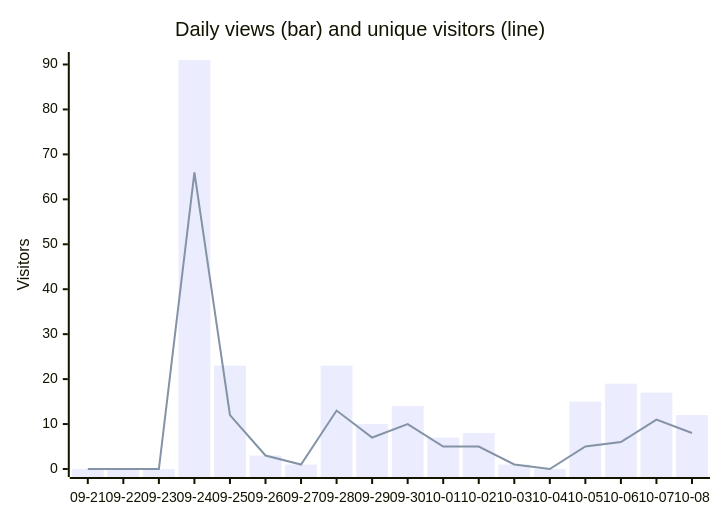
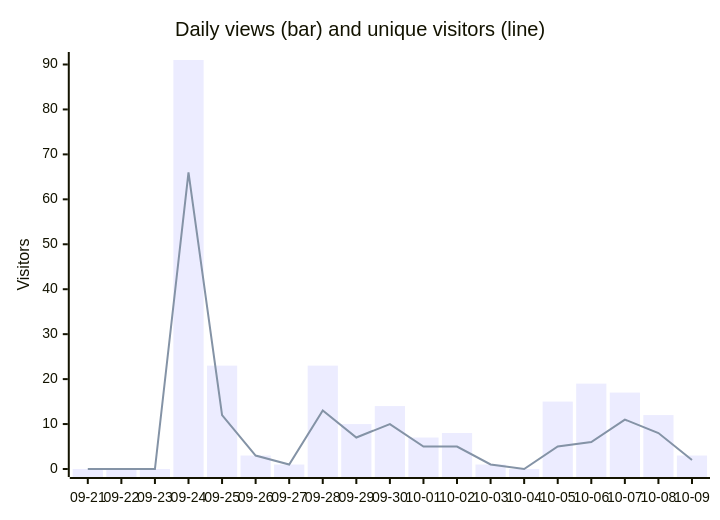
The first of 2 diagrams in metrics/DASHBOARD.md (babson44/azure-vm-modernization-toolkit), drawn with Mermaid before and after one commit. The commit also changed other lines of this file and 2 other files, not shown here.

````diff
--- a/metrics/DASHBOARD.md
+++ b/metrics/DASHBOARD.md
@@ -18,8 +18,8 @@
 ```mermaid
 xychart-beta
     title "Daily views (bar) and unique visitors (line)"
-    x-axis [09-21, 09-22, 09-23, 09-24, 09-25, 09-26, 09-27, 09-28, 09-29, 09-30, 10-01, 10-02, 10-03, 10-04, 10-05, 10-06, 10-07, 10-08]
+    x-axis [09-21, 09-22, 09-23, 09-24, 09-25, 09-26, 09-27, 09-28, 09-29, 09-30, 10-01, 10-02, 10-03, 10-04, 10-05, 10-06, 10-07, 10-08, 10-09]
     y-axis "Visitors" 0 --> 91
-    bar [0, 0, 0, 91, 23, 3, 1, 23, 10, 14, 7, 8, 1, 0, 15, 19, 17, 12]
-    line [0, 0, 0, 66, 12, 3, 1, 13, 7, 10, 5, 5, 1, 0, 5, 6, 11, 8]
+    bar [0, 0, 0, 91, 23, 3, 1, 23, 10, 14, 7, 8, 1, 0, 15, 19, 17, 12, 3]
+    line [0, 0, 0, 66, 12, 3, 1, 13, 7, 10, 5, 5, 1, 0, 5, 6, 11, 8, 2]
 ```
````
